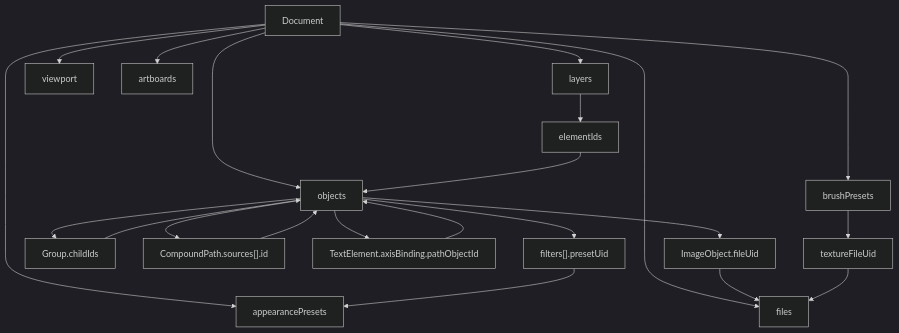
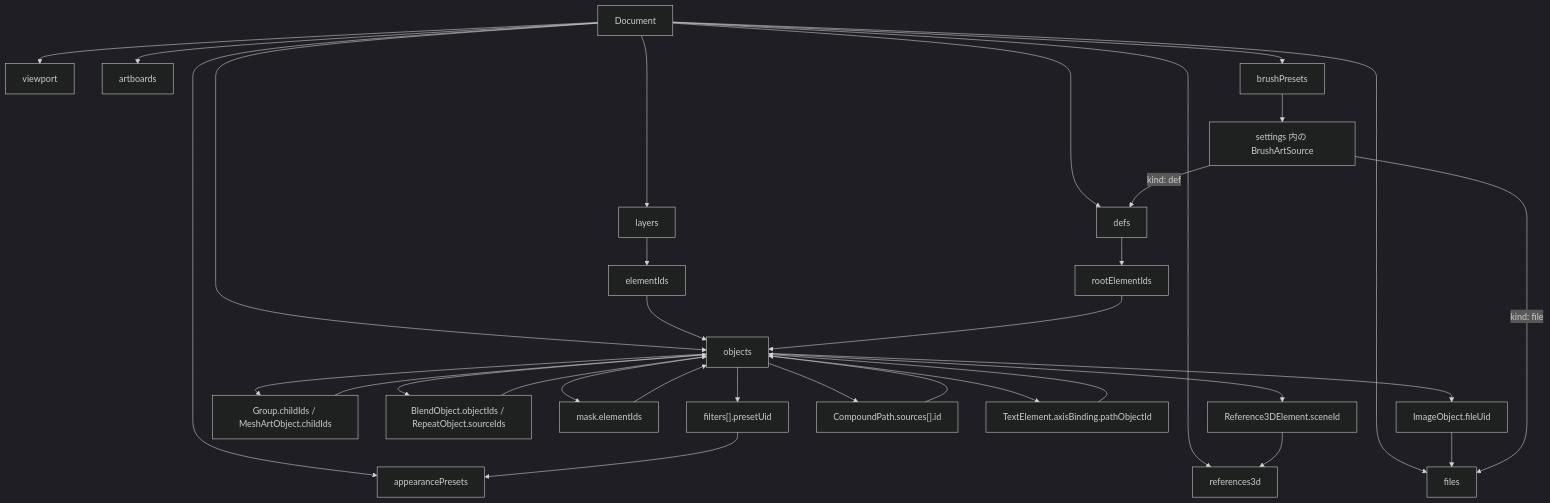
The diagram in pkgs/web/src/app/devdocs/data-flow/document-schema/page.mdx (hanakla/paplico), drawn with Mermaid (dark theme) before and after one commit. The commit also changed other lines of this file and 37 other files, not shown here.

````diff
--- a/pkgs/web/src/app/devdocs/data-flow/document-schema/page.mdx
+++ b/pkgs/web/src/app/devdocs/data-flow/document-schema/page.mdx
@@ -28,24 +33,35 @@
 ```mermaid
 graph TD
     D["Document"] --> O["objects"]
     D --> L["layers"]
     D --> F["files"]
     D --> V["viewport"]
     D --> A["artboards"]
     D --> B["brushPresets"]
     D --> P["appearancePresets"]
+    D --> DF["defs"]
+    D --> S3["references3d"]
     O --> R["filters[].presetUid"]
     R --> P
     L --> E["elementIds"]
     E --> O
-    O --> G["Group.childIds"]
+    O --> G["Group.childIds / MeshArtObject.childIds"]
     G --> O
+    O --> BL["BlendObject.objectIds / RepeatObject.sourceIds"]
+    BL --> O
+    O --> M["mask.elementIds"]
+    M --> O
+    DF --> DR["rootElementIds"]
+    DR --> O
+    O --> SC["Reference3DElement.sceneId"]
+    SC --> S3
     O --> C["CompoundPath.sources[].id"]
     C --> O
     O --> T["TextElement.axisBinding.pathObjectId"]
     T --> O
     O --> I["ImageObject.fileUid"]
     I --> F
-    B --> BT["textureFileUid"]
-    BT --> F
+    B --> BT["settings 内の BrushArtSource"]
+    BT -->|"kind: file"| F
+    BT -->|"kind: def"| DF
 ```
````
